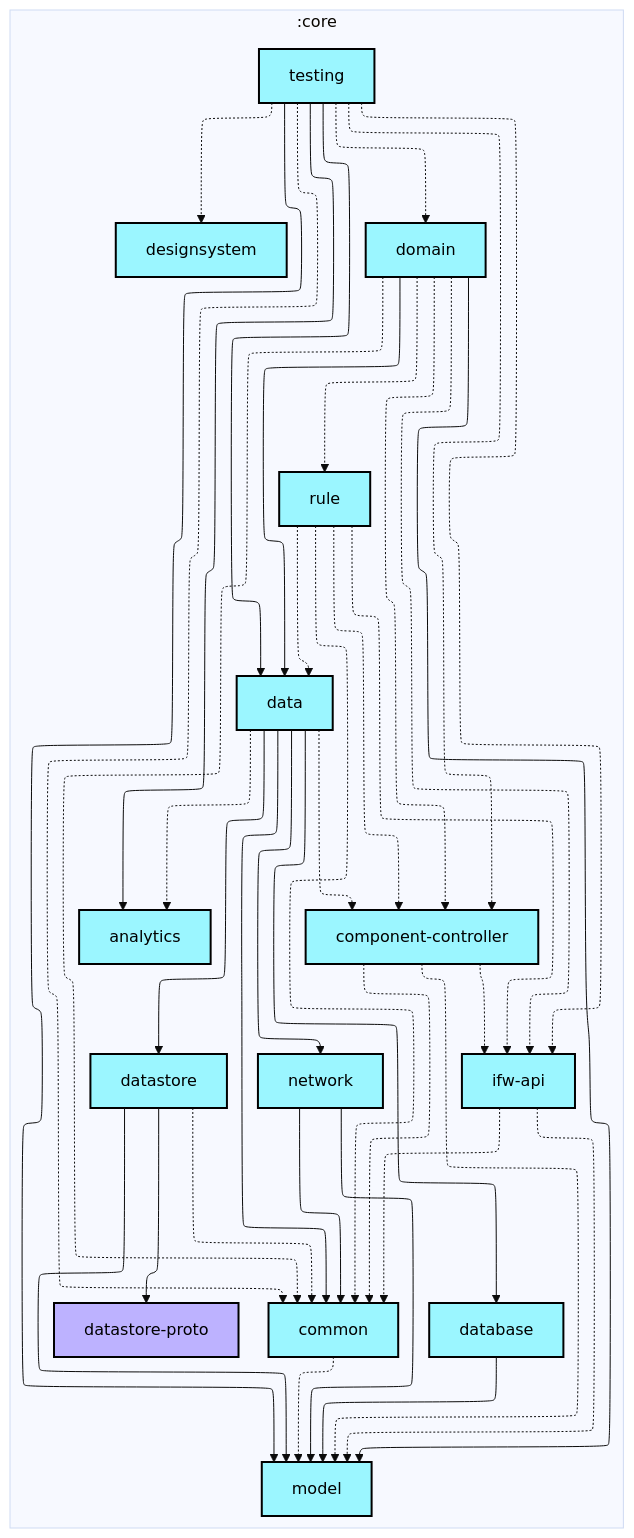
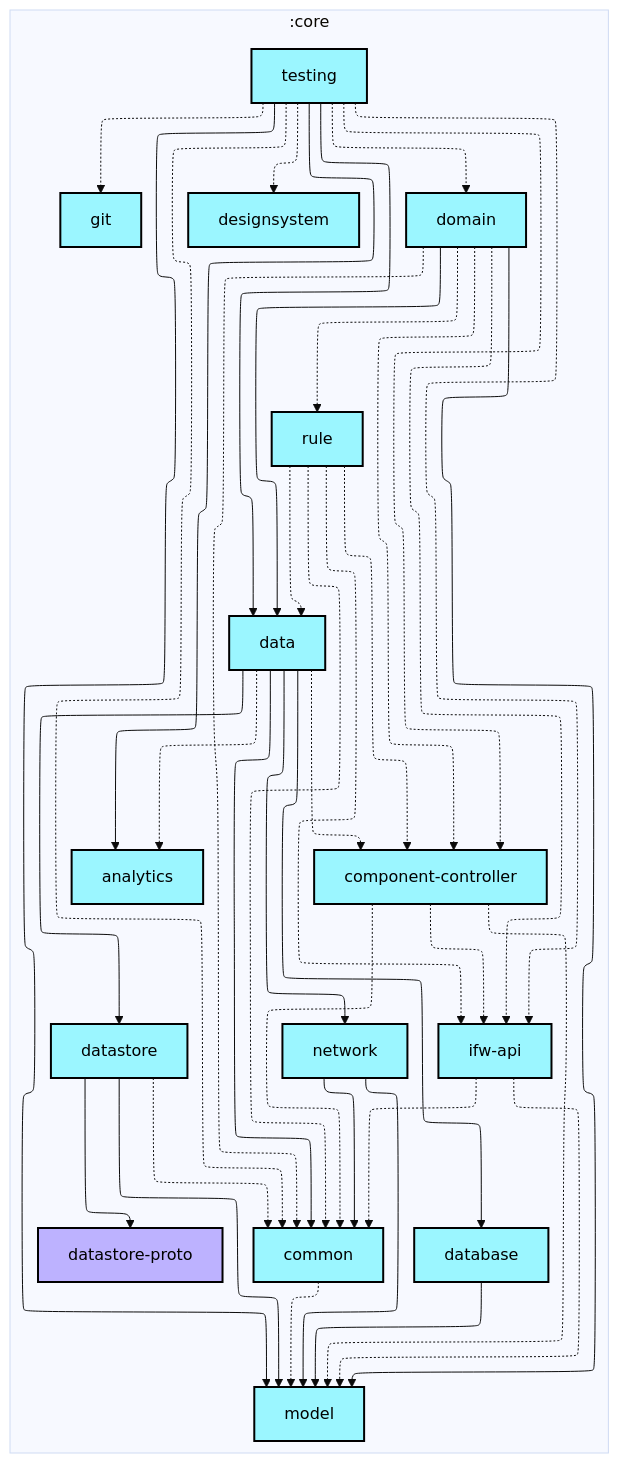
The first of 2 diagrams in core/testing/README.md (lihenggui/blocker), drawn with Mermaid (base theme) before and after one commit.

Commit message:
🤖 Updates graphs

````diff
--- a/core/testing/README.md
+++ b/core/testing/README.md
@@ -6,70 +6,72 @@
 ```mermaid
 ---
 config:
   layout: elk
   elk:
     nodePlacementStrategy: SIMPLE
 ---
 graph TB
   subgraph :core
     direction TB
     :core:analytics[analytics]:::android-library
     :core:common[common]:::android-library
     :core:component-controller[component-controller]:::android-library
     :core:data[data]:::android-library
     :core:database[database]:::android-library
     :core:datastore[datastore]:::android-library
     :core:datastore-proto[datastore-proto]:::jvm-library
     :core:designsystem[designsystem]:::android-library
     :core:domain[domain]:::android-library
+    :core:git[git]:::android-library
     :core:ifw-api[ifw-api]:::android-library
     :core:model[model]:::android-library
     :core:network[network]:::android-library
     :core:rule[rule]:::android-library
     :core:testing[testing]:::android-library
   end
 
   :core:common -.-> :core:model
   :core:component-controller -.-> :core:common
   :core:component-controller -.-> :core:ifw-api
   :core:component-controller -.-> :core:model
   :core:data -.-> :core:analytics
   :core:data --> :core:common
   :core:data -.-> :core:component-controller
   :core:data --> :core:database
   :core:data --> :core:datastore
   :core:data --> :core:network
   :core:database --> :core:model
   :core:datastore -.-> :core:common
   :core:datastore --> :core:datastore-proto
   :core:datastore --> :core:model
   :core:domain -.-> :core:common
   :core:domain -.-> :core:component-controller
   :core:domain --> :core:data
   :core:domain -.-> :core:ifw-api
   :core:domain --> :core:model
   :core:domain -.-> :core:rule
   :core:ifw-api -.-> :core:common
   :core:ifw-api -.-> :core:model
   :core:network --> :core:common
   :core:network --> :core:model
   :core:rule -.-> :core:common
   :core:rule -.-> :core:component-controller
   :core:rule -.-> :core:data
   :core:rule -.-> :core:ifw-api
   :core:testing --> :core:analytics
   :core:testing -.-> :core:common
   :core:testing -.-> :core:component-controller
   :core:testing --> :core:data
   :core:testing -.-> :core:designsystem
   :core:testing -.-> :core:domain
+  :core:testing -.-> :core:git
   :core:testing -.-> :core:ifw-api
   :core:testing --> :core:model
 
 classDef android-application fill:#CAFFBF,stroke:#000,stroke-width:2px,color:#000;
 classDef android-feature fill:#FFD6A5,stroke:#000,stroke-width:2px,color:#000;
 classDef android-library fill:#9BF6FF,stroke:#000,stroke-width:2px,color:#000;
 classDef android-test fill:#A0C4FF,stroke:#000,stroke-width:2px,color:#000;
 classDef jvm-library fill:#BDB2FF,stroke:#000,stroke-width:2px,color:#000;
 classDef unknown fill:#FFADAD,stroke:#000,stroke-width:2px,color:#000;
 ```
````
